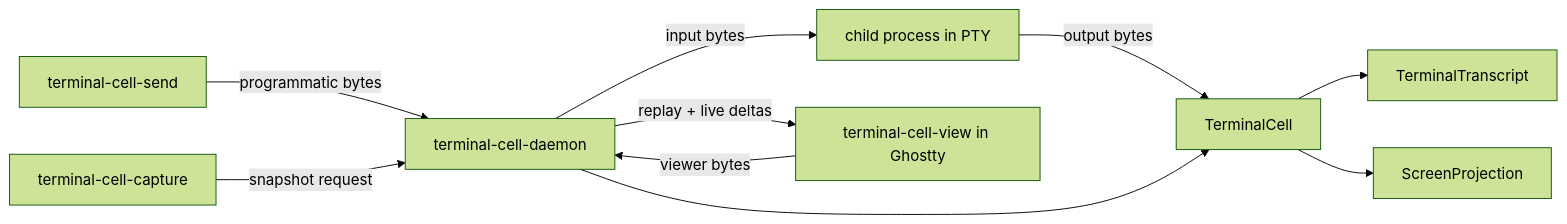
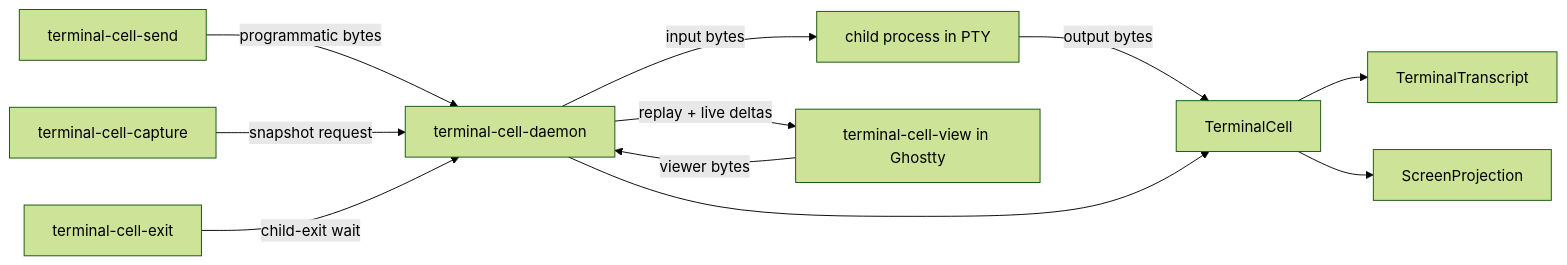
The diagram in ARCHITECTURE.md (LiGoldragon/terminal-cell), drawn with Mermaid (forest theme) before and after one commit. The commit also changed other lines of this file and 11 other files, not shown here.

Commit message:
terminal cell live agent witness and exit status

````diff
--- a/ARCHITECTURE.md
+++ b/ARCHITECTURE.md
@@ -19,12 +19,13 @@
 ```mermaid
 flowchart LR
     child["child process in PTY"] -->|"output bytes"| owner["TerminalCell"]
     owner --> transcript["TerminalTranscript"]
     owner --> projection["ScreenProjection"]
     daemon["terminal-cell-daemon"] --> owner
     view["terminal-cell-view in Ghostty"] -->|"viewer bytes"| daemon
     send["terminal-cell-send"] -->|"programmatic bytes"| daemon
     capture["terminal-cell-capture"] -->|"snapshot request"| daemon
+    exit["terminal-cell-exit"] -->|"child-exit wait"| daemon
     daemon -->|"input bytes"| child
     daemon -->|"replay + live deltas"| view
 ```
````
